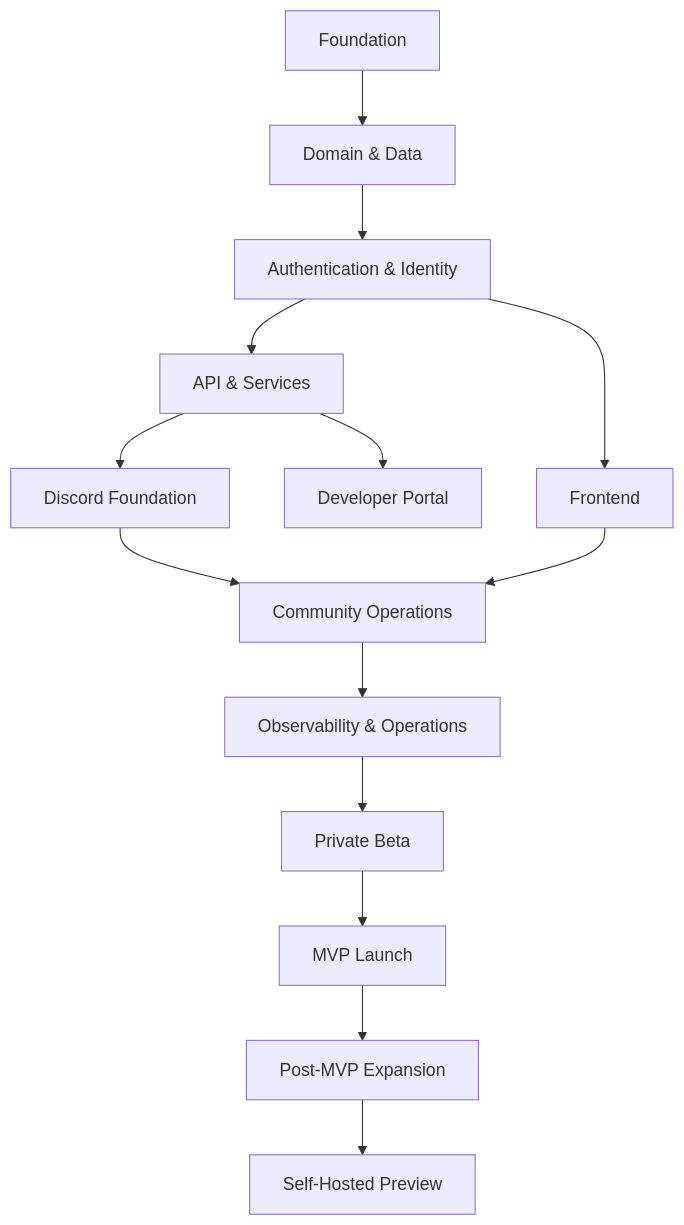
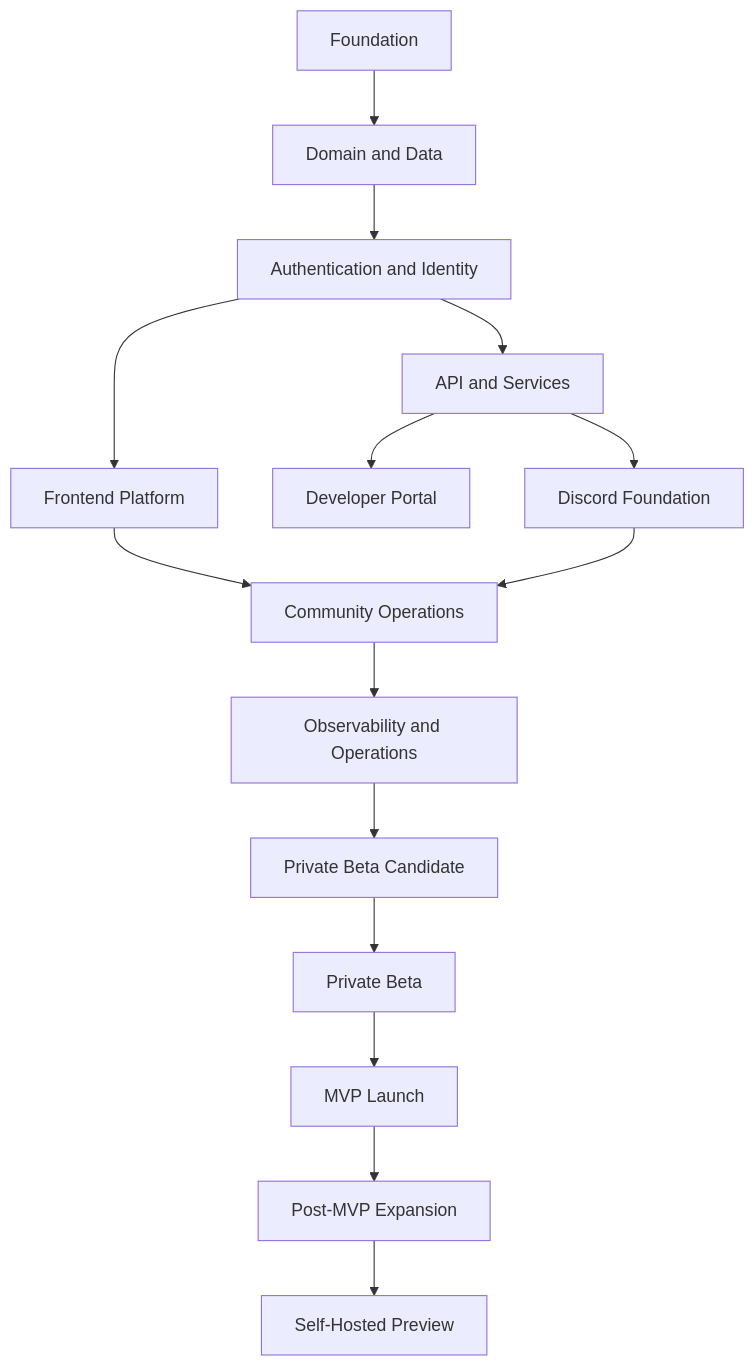
One commit to SinLess-Games/Aerealith changed the second of 2 diagrams in docs/vision/Roadmap.md. Above: the diagram before and after it, drawn with Mermaid. The commit also changed other lines of this file and 1352 other files, not shown here.

````diff
--- a/docs/vision/Roadmap.md
+++ b/docs/vision/Roadmap.md
@@ -847,30 +2822,32 @@
 ```mermaid
 flowchart TD
     Foundation["Foundation"]
-    Domain["Domain & Data"]
-    Identity["Authentication & Identity"]
-    Frontend["Frontend"]
-    API["API & Services"]
+    Domain["Domain and Data"]
+    Identity["Authentication and Identity"]
+    Frontend["Frontend Platform"]
+    API["API and Services"]
     DevPortal["Developer Portal"]
     Discord["Discord Foundation"]
     CommunityOps["Community Operations"]
-    Observability["Observability & Operations"]
-    Beta["Private Beta"]
+    Observability["Observability and Operations"]
+    BetaCandidate["Private Beta Candidate"]
+    PrivateBeta["Private Beta"]
     Launch["MVP Launch"]
     Expansion["Post-MVP Expansion"]
     SelfHosting["Self-Hosted Preview"]
 
     Foundation --> Domain
     Domain --> Identity
     Identity --> Frontend
     Identity --> API
     API --> DevPortal
     API --> Discord
+    Frontend --> CommunityOps
     Discord --> CommunityOps
-    Frontend --> CommunityOps
     CommunityOps --> Observability
-    Observability --> Beta
-    Beta --> Launch
+    Observability --> BetaCandidate
+    BetaCandidate --> PrivateBeta
+    PrivateBeta --> Launch
     Launch --> Expansion
     Expansion --> SelfHosting
 ```
````
